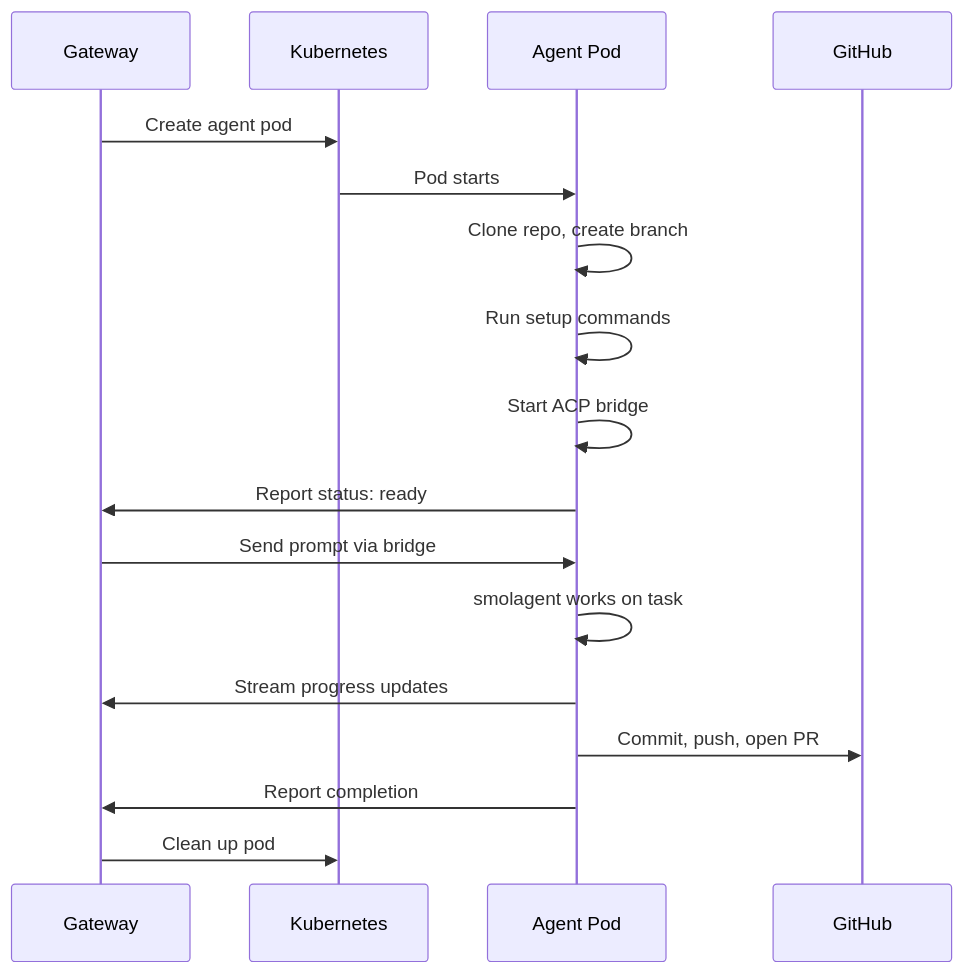
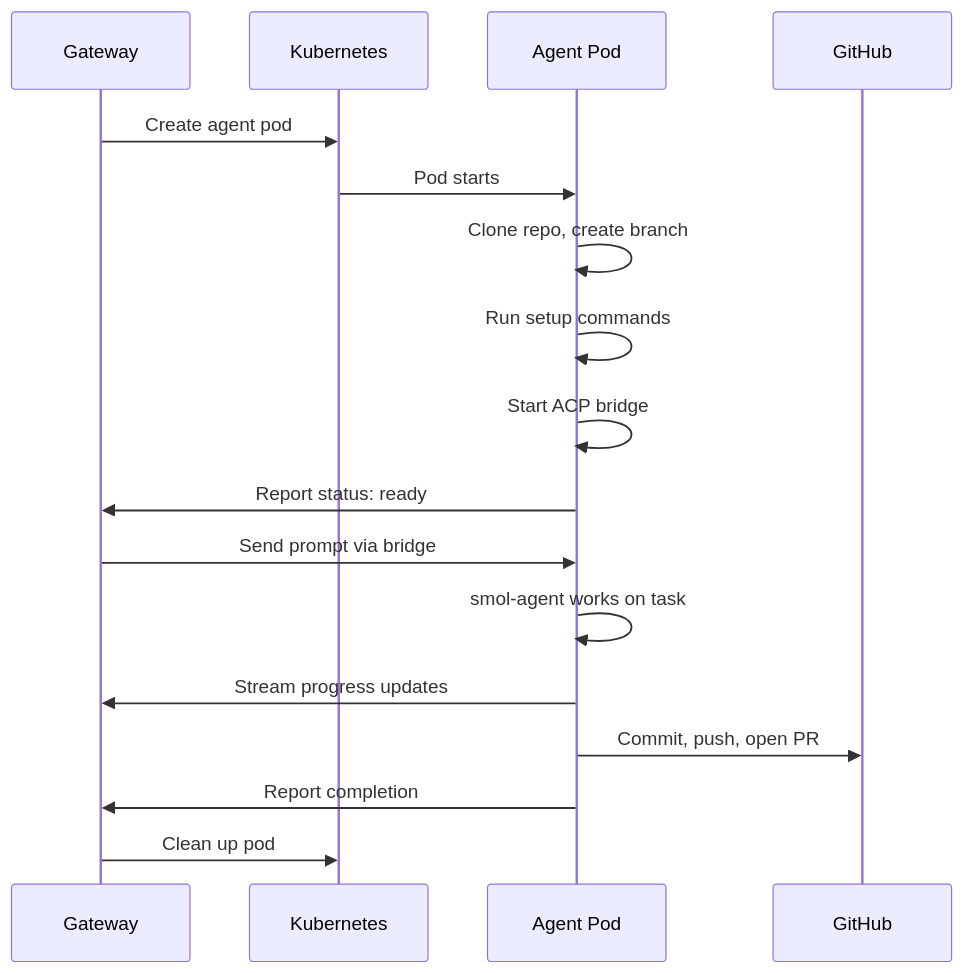
The third of 3 diagrams in README.md (streed/smol-gang), drawn with Mermaid before and after one commit. The commit also changed other lines of this file and 1 other file, not shown here.

Commit message:
smolagent -> smol-agent

````diff
--- a/README.md
+++ b/README.md
@@ -84,20 +84,20 @@
 ```mermaid
 sequenceDiagram
     participant G as Gateway
     participant K as Kubernetes
     participant A as Agent Pod
     participant GH as GitHub
 
     G->>K: Create agent pod
     K->>A: Pod starts
     A->>A: Clone repo, create branch
     A->>A: Run setup commands
     A->>A: Start ACP bridge
     A->>G: Report status: ready
     G->>A: Send prompt via bridge
-    A->>A: smolagent works on task
+    A->>A: smol-agent works on task
     A->>G: Stream progress updates
     A->>GH: Commit, push, open PR
     A->>G: Report completion
     G->>K: Clean up pod
 ```
````
